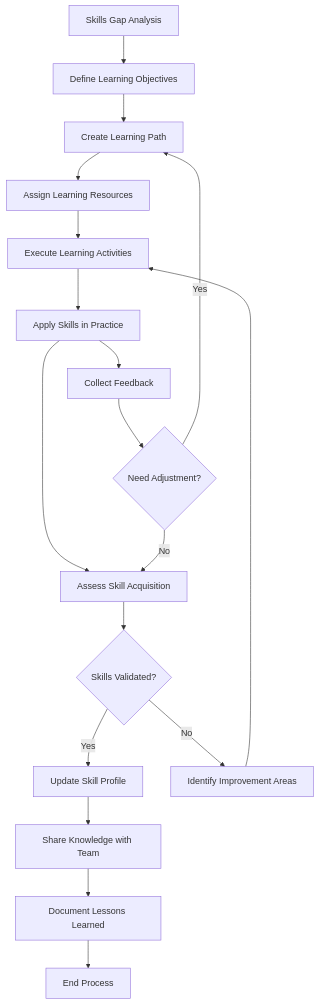
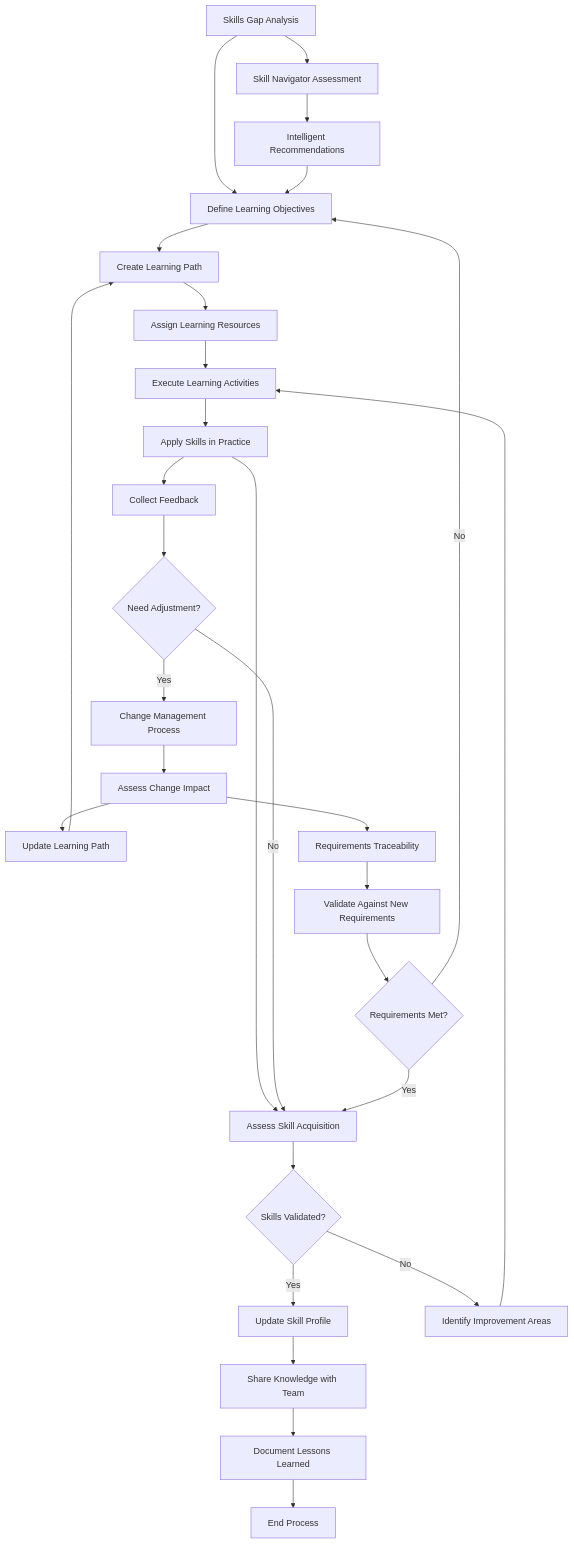
The diagram in OrgDocument/orgModel/01 - Skill Development Process/process.md (zhongadamwang/AI_Slowcooker), drawn with Mermaid before and after one commit. The commit also changed other lines of this file and 5 other files, not shown here.

````diff
--- a/OrgDocument/orgModel/01 - Skill Development Process/process.md
+++ b/OrgDocument/orgModel/01 - Skill Development Process/process.md
@@ -5,22 +5,38 @@
 ```mermaid
 flowchart TD
     A[Skills Gap Analysis] --> B[Define Learning Objectives]
     B --> C[Create Learning Path]
     C --> D[Assign Learning Resources]
     D --> E[Execute Learning Activities]
     E --> F[Apply Skills in Practice]
     F --> G[Assess Skill Acquisition]
     G --> H{Skills Validated?}
     H -->|Yes| I[Update Skill Profile]
     H -->|No| J[Identify Improvement Areas]
     J --> E
     I --> K[Share Knowledge with Team]
     K --> L[Document Lessons Learned]
     L --> M[End Process]
     
-    %% Feedback loops
+    %% Enhanced feedback loops
     F --> N[Collect Feedback]
     N --> O{Need Adjustment?}
-    O -->|Yes| C
+    O -->|Yes| P[Change Management Process]
     O -->|No| G
+    
+    P --> Q[Assess Change Impact]
+    Q --> R[Update Learning Path]
+    R --> C
+    
+    %% Skill Navigator integration
+    A --> S[Skill Navigator Assessment]
+    S --> T[Intelligent Recommendations]
+    T --> B
+    
+    %% Incremental requirements integration  
+    Q --> U[Requirements Traceability]
+    U --> V[Validate Against New Requirements]
+    V --> W{Requirements Met?}
+    W -->|Yes| G
+    W -->|No| B
 ```
````
